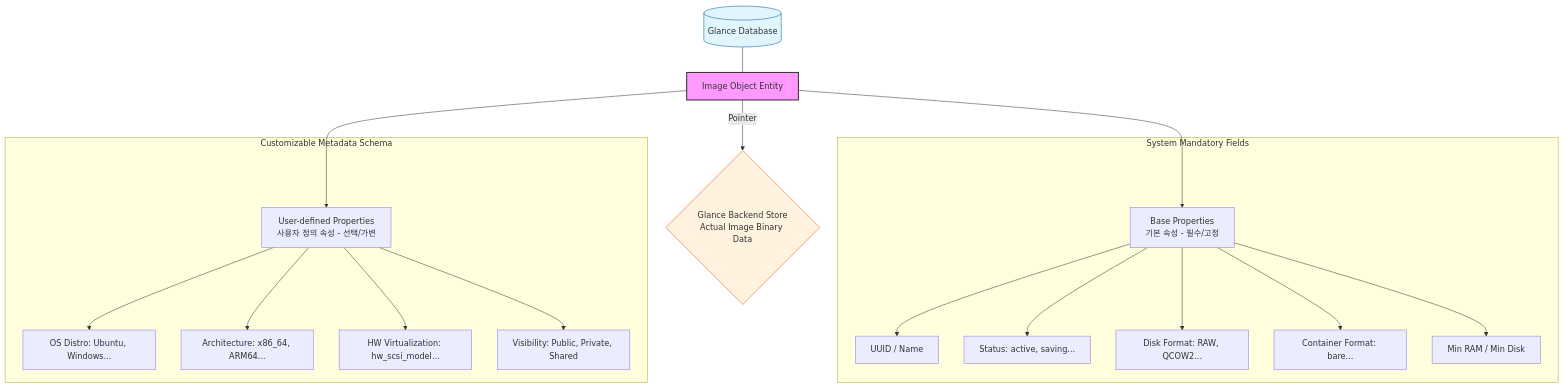
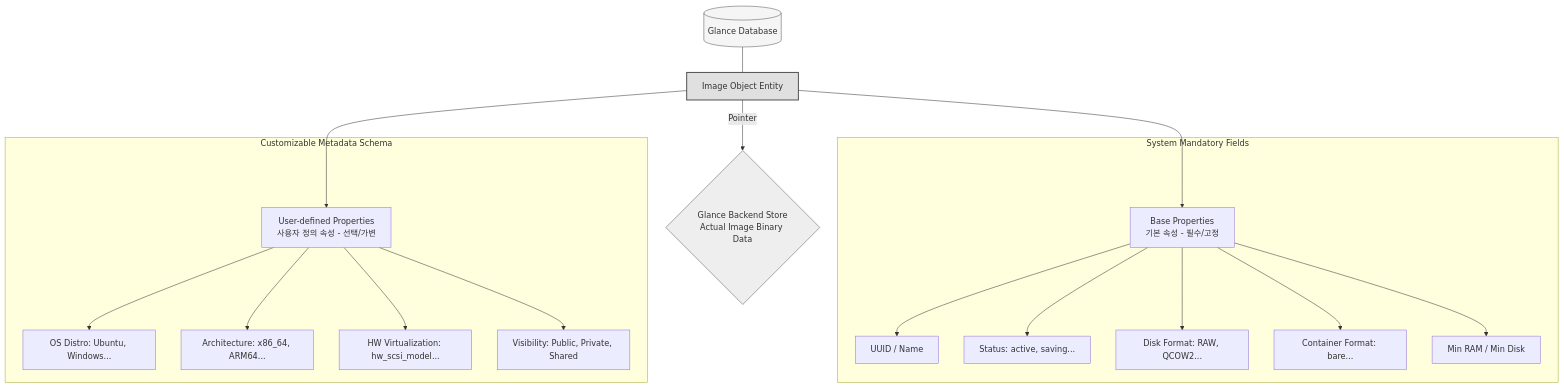
The diagram in lectures/ch5/ch5_2_lec.qmd (openstack-kr/openstack-book), drawn with Mermaid before and after one commit. The commit also changed other lines of this file, not shown here.

First line of the commit message:
docs(ch5-2): 스타일 가이드 피드백 반영

````diff
--- a/lectures/ch5/ch5_2_lec.qmd
+++ b/lectures/ch5/ch5_2_lec.qmd
@@ -51,34 +61,28 @@
-```{mermaid}
+```mermaid
 graph TD
-    %% 전체 서비스 구조
-    GlanceDB[(Glance Database)] --- ImageObject[Image Object Entity] 
+    GlanceDB[(Glance Database)] --- ImageObject[Image Object Entity]
 
-    %% 이미지 객체 하위 구조
     ImageObject --> BaseProps[Base Properties<br/>기본 속성 - 필수/고정]
     ImageObject --> CustomProps[User-defined Properties<br/>사용자 정의 속성 - 선택/가변]
 
-    %% 기본 속성 세부 항목
     subgraph "System Mandatory Fields"
         BaseProps --> B1[UUID / Name]
         BaseProps --> B2[Status: active, saving...]
         BaseProps --> B3[Disk Format: RAW, QCOW2...]
         BaseProps --> B4[Container Format: bare...]
         BaseProps --> B5[Min RAM / Min Disk]
     end
 
-    %% 사용자 정의 속성 세부 항목
     subgraph "Customizable Metadata Schema"
         CustomProps --> C1[OS Distro: Ubuntu, Windows...]
         CustomProps --> C2[Architecture: x86_64, ARM64...]
         CustomProps --> C3[HW Virtualization: hw_scsi_model...]
         CustomProps --> C4[Visibility: Public, Private, Shared]
     end
 
-    %% 실제 데이터와 연결
     ImageObject -->|Pointer| BackendStore{Glance Backend Store<br/>Actual Image Binary Data}
 
-    %% 스타일 정의
-    style ImageObject fill:#f9f,stroke:#333,stroke-width:2px
-    style GlanceDB fill:#e1f5fe,stroke:#01579b
-    style BackendStore fill:#fff3e0,stroke:#e65100
+    style ImageObject fill:#e0e0e0,stroke:#555,stroke-width:2px
+    style GlanceDB fill:#f5f5f5,stroke:#555
+    style BackendStore fill:#eeeeee,stroke:#555
 ```
````
